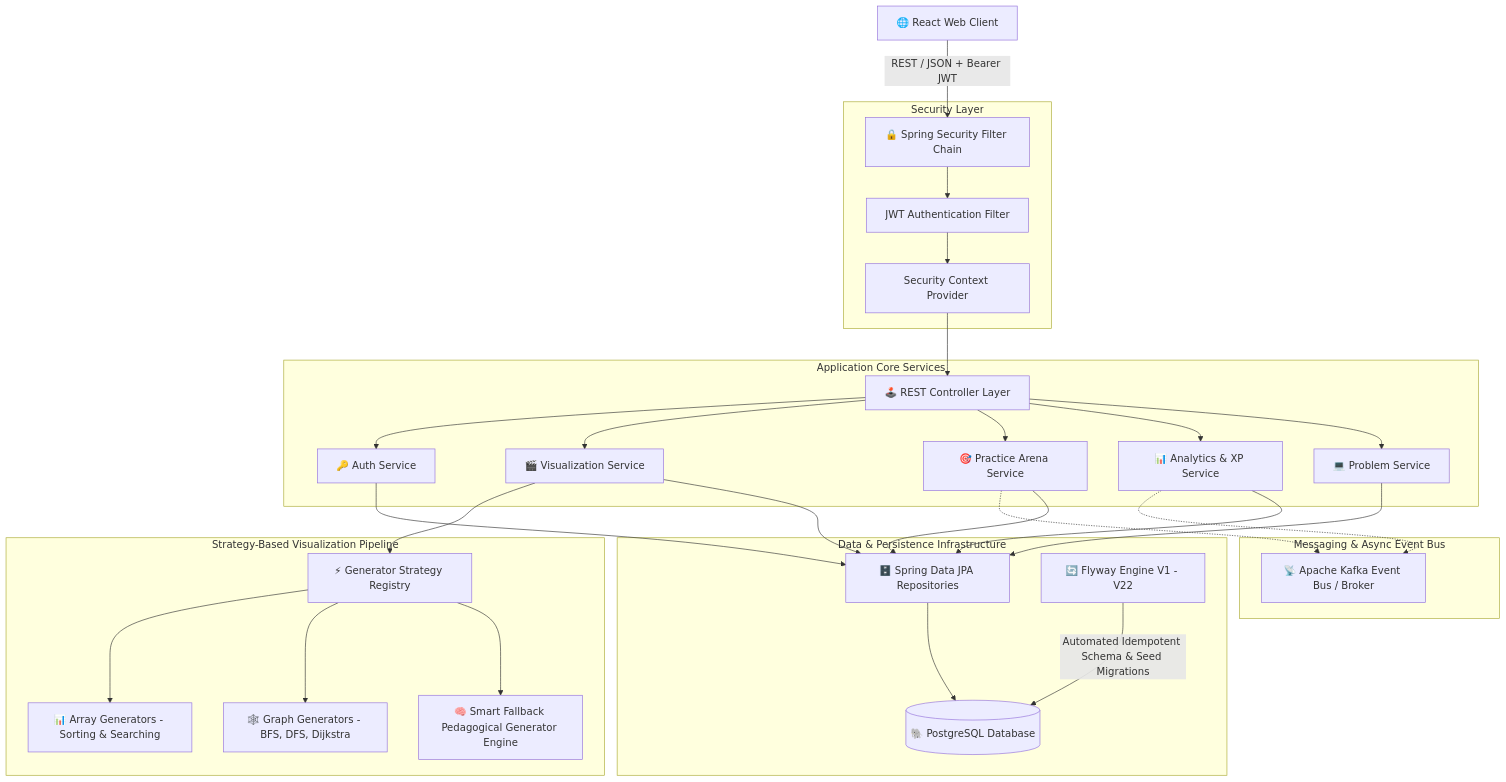
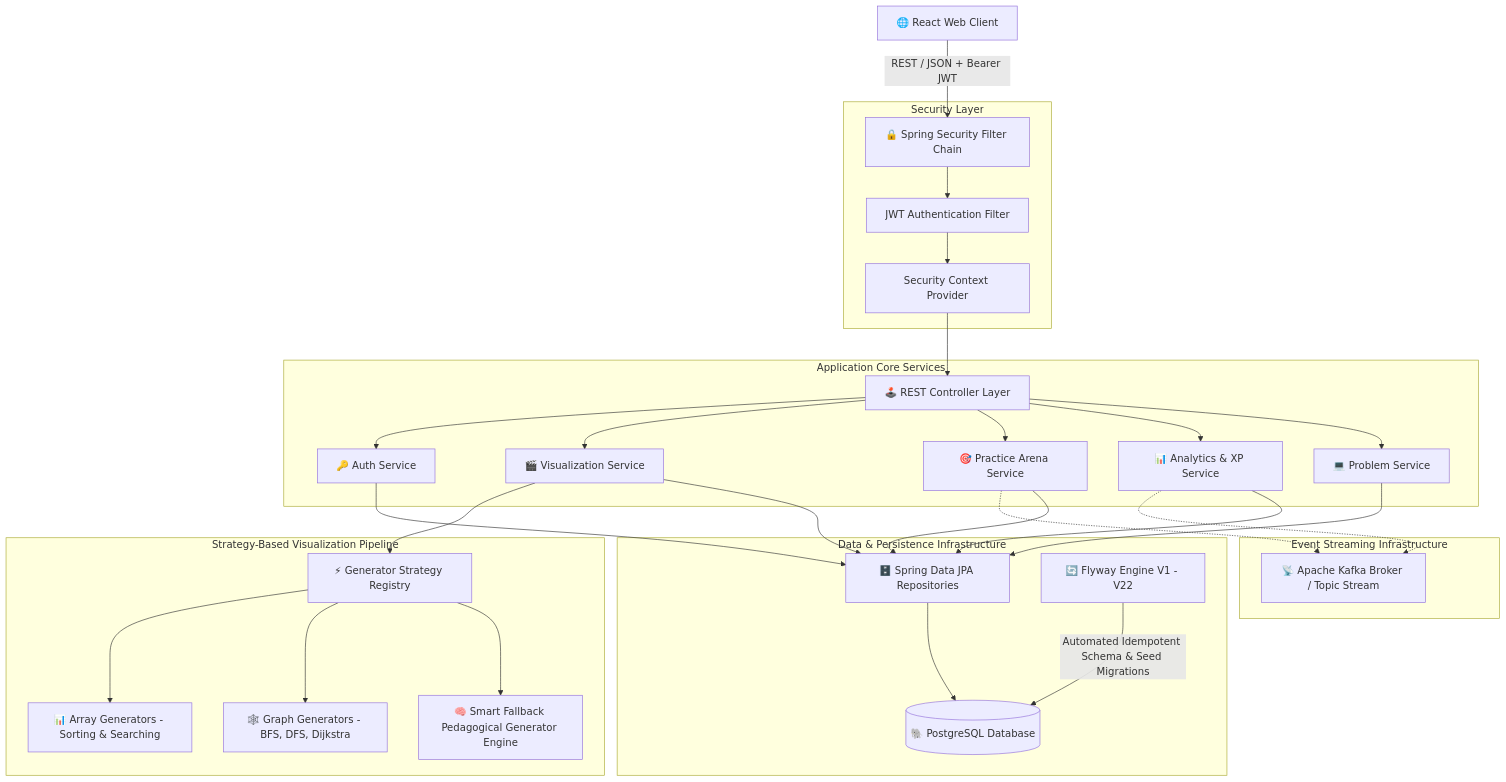
Before and after one commit to Sukhankar/DSA-VISUALIZER-BACKEND: the diagram in README.md, drawn with Mermaid. The commit also changed other lines of this file, not shown here.

````diff
--- a/README.md
+++ b/README.md
@@ -30,36 +54,36 @@
 ```mermaid
 graph TD
     Client[🌐 React Web Client] -->|REST / JSON + Bearer JWT| Security[🔒 Spring Security Filter Chain]
     
     subgraph Security Layer
         Security --> JWTFilter[JWT Authentication Filter]
         JWTFilter --> SecurityContext[Security Context Provider]
     end
     
     SecurityContext --> Controllers[🕹️ REST Controller Layer]
     
     subgraph Application Core Services
         Controllers --> AuthSvc[🔑 Auth Service]
         Controllers --> VisSvc[🎬 Visualization Service]
         Controllers --> PracticeSvc[🎯 Practice Arena Service]
         Controllers --> AnalyticsSvc[📊 Analytics & XP Service]
         Controllers --> ProblemSvc[💻 Problem Service]
     end
 
     subgraph Strategy-Based Visualization Pipeline
         VisSvc --> Registry[⚡ Generator Strategy Registry]
         Registry --> ArrayGen[📊 Array Generators - Sorting & Searching]
         Registry --> GraphGen[🕸️ Graph Generators - BFS, DFS, Dijkstra]
         Registry --> SmartFallback[🧠 Smart Fallback Pedagogical Generator Engine]
     end
 
-    subgraph Messaging & Async Event Bus
-        AnalyticsSvc & PracticeSvc -.-> Kafka[📡 Apache Kafka Event Bus / Broker]
+    subgraph Event Streaming Infrastructure
+        AnalyticsSvc & PracticeSvc -.-> Kafka[📡 Apache Kafka Broker / Topic Stream]
     end
 
     subgraph Data & Persistence Infrastructure
         AuthSvc & VisSvc & PracticeSvc & AnalyticsSvc & ProblemSvc --> JPA[🗄️ Spring Data JPA Repositories]
         JPA --> DB[(🐘 PostgreSQL Database)]
         Flyway[🔄 Flyway Engine V1 - V22] -->|Automated Idempotent Schema & Seed Migrations| DB
     end
 ```
````
